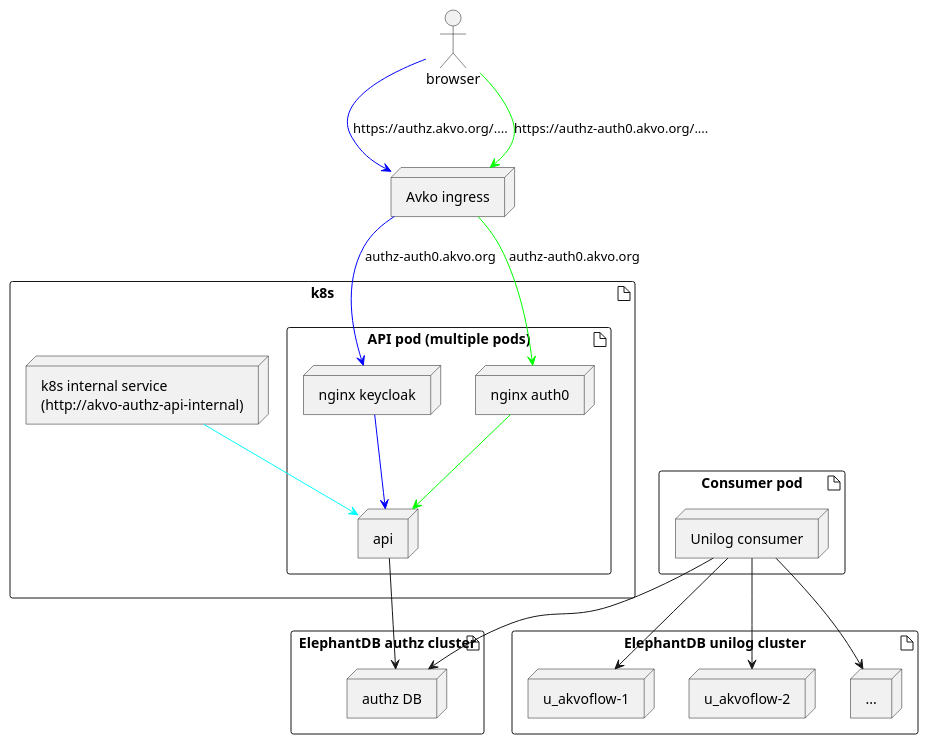
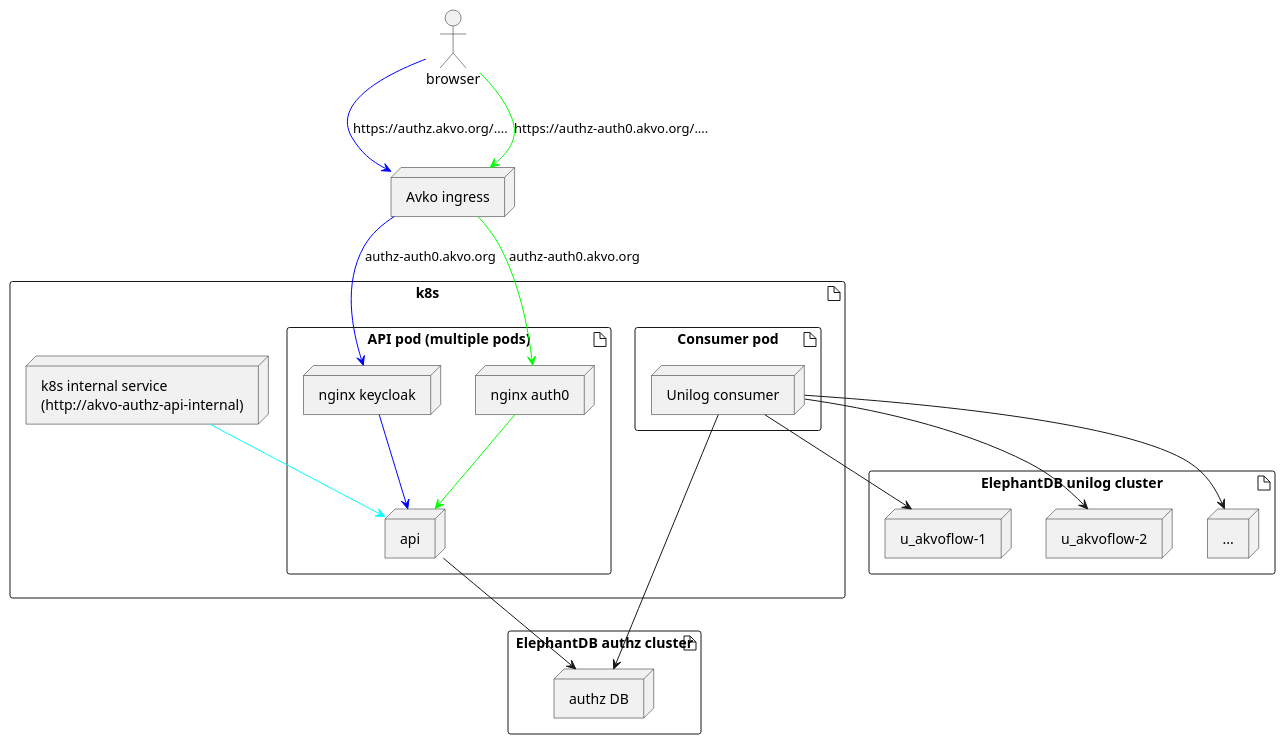
One commit to akvo/akvo-authorization changed the diagram in doc/architecture.puml. Above: the diagram before and after it, drawn with PlantUML.

Commit message:
update doc
[skip ci]

```diff
--- a/doc/architecture.puml
+++ b/doc/architecture.puml
@@ -1,50 +1,52 @@
 @startuml
 
 artifact db as "ElephantDB authz cluster" {
     node authzdb as "authz DB"
 }
 
 artifact db2 as "ElephantDB unilog cluster" {
 
     node unilog1 as "u_akvoflow-1"
     node unilog2 as "u_akvoflow-2"
     node unilog3 as "..."
 }
 
 artifact k8s as "k8s" {
 
-artifact api_pod as "API pod (multiple pods)" {
+    artifact api_pod as "API pod (multiple pods)" {
 
-    node kc as "nginx keycloak"
-    node auth0 as "nginx auth0"
+        node kc as "nginx keycloak"
+        node auth0 as "nginx auth0"
 
-    node api as "api"
+        node api as "api"
 
-    api --> authzdb
+        api --> authzdb
 
-    auth0 -[#00FF00]-> api
-    kc -[#0000FF]-> api
+        auth0 -[#00FF00]-> api
+        kc -[#0000FF]-> api
 
-}
-node internal as "k8s internal service
-(http://akvo-authz-api-internal)"
-internal -[#00FFFF]-> api
-}
+    }
 
-artifact consumer_pod as "Consumer pod" {
-    node consumer as "Unilog consumer"
-    consumer --> authzdb
-    consumer --> unilog1
-    consumer --> unilog2
-    consumer --> unilog3
+    node internal as "k8s internal service
+    (http://akvo-authz-api-internal)"
+    internal -[#00FFFF]-> api
+
+    artifact consumer_pod as "Consumer pod" {
+        node consumer as "Unilog consumer"
+        consumer --> authzdb
+        consumer --> unilog1
+        consumer --> unilog2
+        consumer --> unilog3
+    }
+
 }
 
 actor browser
 node ingress as "Avko ingress"
 browser -[#0000FF]-> ingress : https://authz.akvo.org/....
 browser -[#00FF00]-> ingress : https://authz-auth0.akvo.org/....
 ingress -[#0000FF]-> kc : authz-auth0.akvo.org
 ingress -[#00FF00]-> auth0 : authz-auth0.akvo.org
 
 
 @enduml
```
